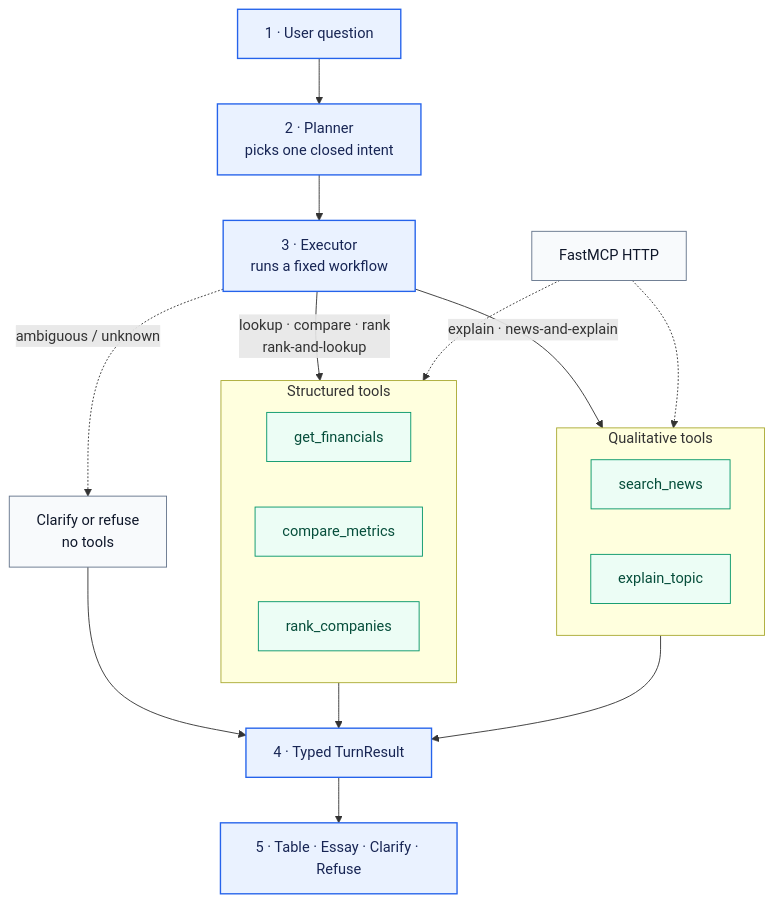
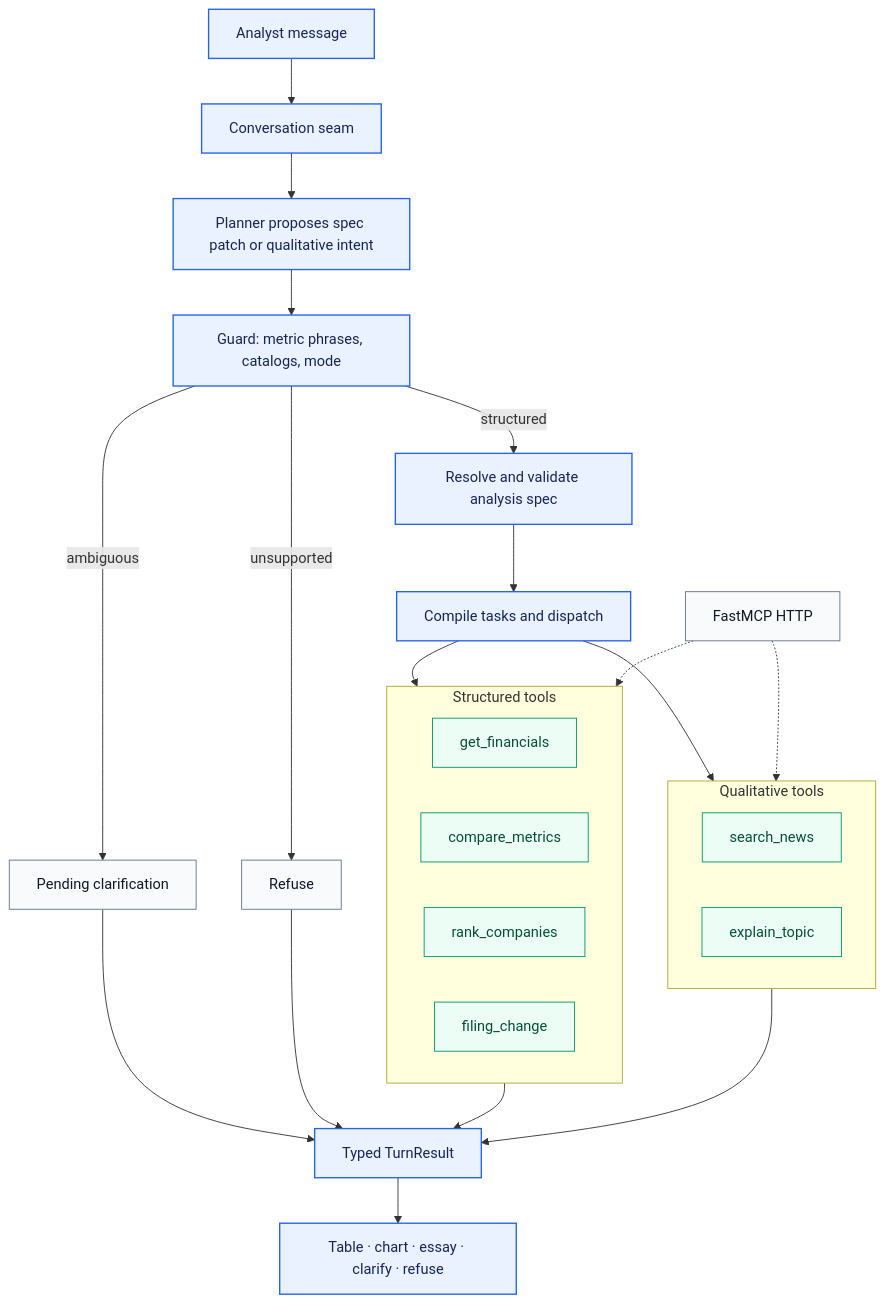
The diagram in docs/design.md (bpyman/financial-analyst-agent), drawn with Mermaid before and after one commit. The commit also changed other lines of this file and 59 other files, not shown here.

````diff
--- a/docs/design.md
+++ b/docs/design.md
@@ -13,37 +13,42 @@
 ```mermaid
 flowchart TB
-    Q["1 · User question"] --> P["2 · Planner<br/>picks one closed intent"]
-    P --> E["3 · Executor<br/>runs a fixed workflow"]
-
-    E -->|"lookup · compare · rank<br/>rank-and-lookup"| ST
-    E -->|"explain · news-and-explain"| QT
-    E -.->|"ambiguous / unknown"| CL["Clarify or refuse<br/>no tools"]
+    Q["Analyst message"] --> C["Conversation seam"]
+    C --> P["Planner proposes spec patch or qualitative intent"]
+    P --> G["Guard: metric phrases, catalogs, mode"]
+    G -->|"structured"| S["Resolve and validate analysis spec"]
+    G -->|"ambiguous"| CL["Pending clarification"]
+    G -->|"unsupported"| RF["Refuse"]
+    S --> X["Compile tasks and dispatch"]
 
     subgraph ST["Structured tools"]
         direction LR
         F["get_financials"]
-        C["compare_metrics"]
+        CM["compare_metrics"]
         K["rank_companies"]
+        D["filing_change"]
     end
 
     subgraph QT["Qualitative tools"]
         direction LR
         N["search_news"]
-        X["explain_topic"]
+        EX["explain_topic"]
     end
 
-    ST --> R["4 · Typed TurnResult"]
+    X --> ST
+    X --> QT
+    ST --> R["Typed TurnResult"]
     QT --> R
     CL --> R
-    R --> O["5 · Table · Essay · Clarify · Refuse"]
+    RF --> R
+    R --> O["Table · chart · essay · clarify · refuse"]
 
     MCP["FastMCP HTTP"] .-> ST
     MCP -.-> QT
 
     classDef step fill:#eaf2ff,stroke:#2563eb,color:#172554,stroke-width:1.5px
     classDef tool fill:#ecfdf5,stroke:#059669,color:#064e3b
     classDef edge fill:#f8fafc,stroke:#64748b,color:#0f172a
-    class Q,P,E,R,O step
-    class F,C,K,N,X tool
-    class CL,MCP edge
+    class Q,C,P,G,S,X,R,O step
+    class F,CM,K,D,N,EX tool
+    class CL,RF,MCP edge
 ```
````
